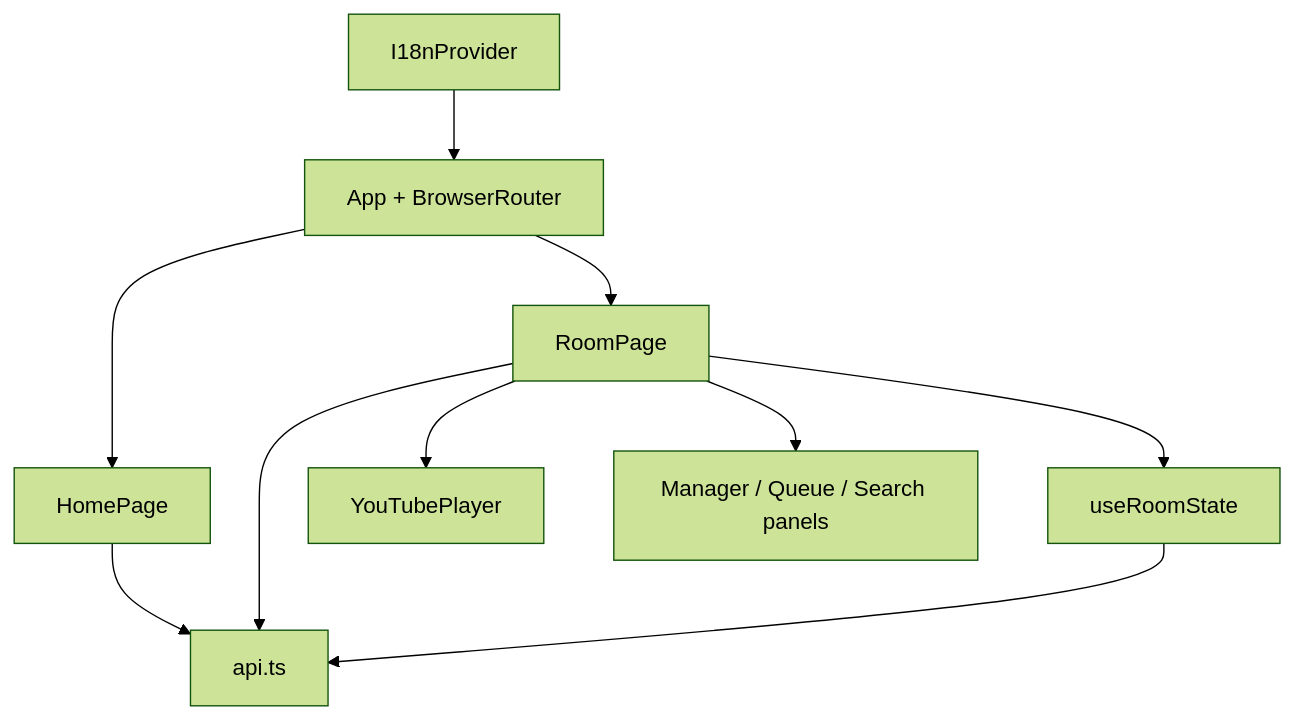
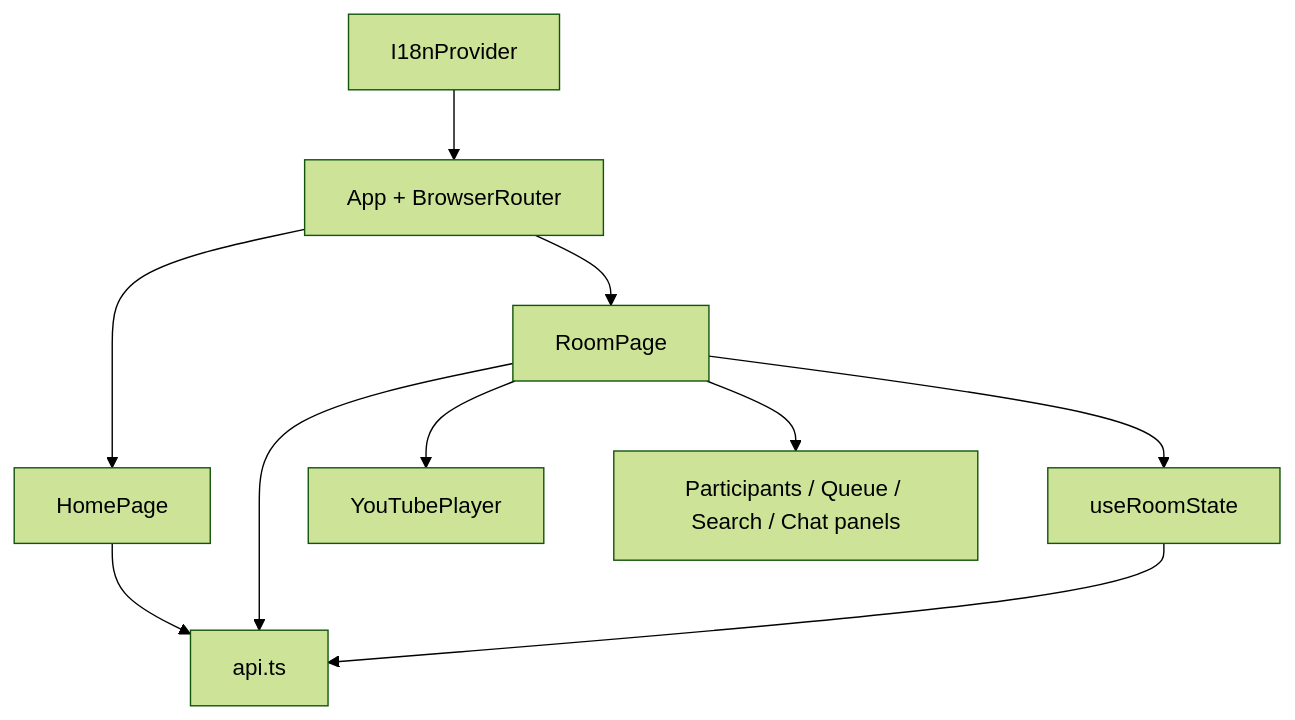
One commit to whitekw/jukebox changed the third of 7 diagrams in docs/ARCHITECTURE.md. Above: the diagram before and after it, drawn with Mermaid (forest theme). The commit also changed other lines of this file and 17 other files, not shown here.

````diff
--- a/docs/ARCHITECTURE.md
+++ b/docs/ARCHITECTURE.md
@@ -102,21 +104,21 @@
 ```mermaid
 flowchart TB
     APP[App + BrowserRouter]
     HOME[HomePage]
     ROOM[RoomPage]
     HOOK[useRoomState]
     API[api.ts]
     PLAYER[YouTubePlayer]
-    PANELS[Manager / Queue / Search panels]
+    PANELS[Participants / Queue / Search / Chat panels]
     I18N[I18nProvider]
 
     I18N --> APP
     APP --> HOME
     APP --> ROOM
     HOME --> API
     ROOM --> HOOK
     ROOM --> API
     ROOM --> PLAYER
     ROOM --> PANELS
     HOOK --> API
 ```
````
